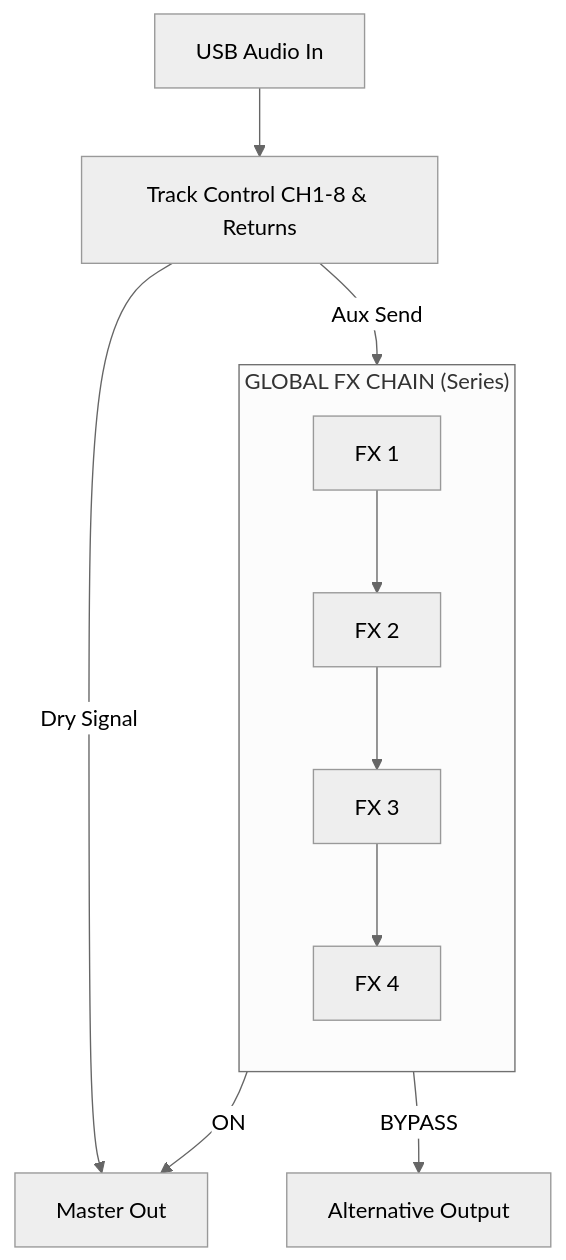
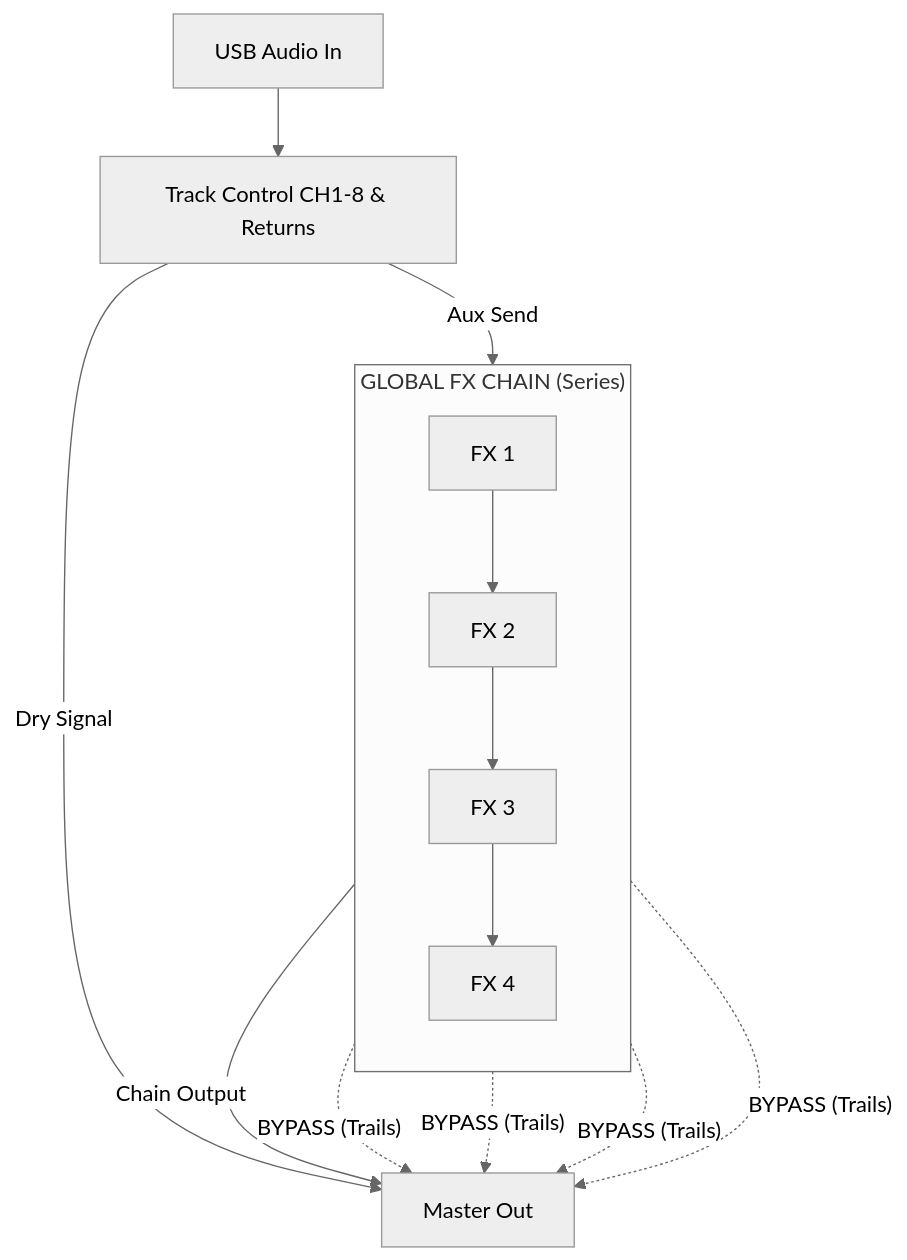
One commit to ca5/m8fx_docs changed the diagram in en.md. Above: the diagram before and after it, drawn with Mermaid (neutral theme). The commit also changed other lines of this file and 1 other file, not shown here.

Commit message:
Update bypass logic to correctly describe Trails routing

````diff
--- a/en.md
+++ b/en.md
@@ -12,15 +12,19 @@
 ```mermaid
 flowchart TD
     USBIn[USB Audio In] --> Tracks[Track Control CH1-8 & Returns]
     
     Tracks -- "Dry Signal" --> MasterOut[Master Out]
     Tracks -- "Aux Send" --> FX1
     
     subgraph fxchain ["GLOBAL FX CHAIN (Series)"]
         direction TB
         FX1[FX 1] --> FX2[FX 2] --> FX3[FX 3] --> FX4[FX 4]
     end
     
-    FX4 -- "ON" --> MasterOut
-    FX4 -- "BYPASS" --> AltOut[Alternative Output]
+    FX4 -- "Chain Output" --> MasterOut
+    
+    FX1 -. "BYPASS (Trails)" .-> MasterOut
+    FX2 -. "BYPASS (Trails)" .-> MasterOut
+    FX3 -. "BYPASS (Trails)" .-> MasterOut
+    FX4 -. "BYPASS (Trails)" .-> MasterOut
 ```
````
